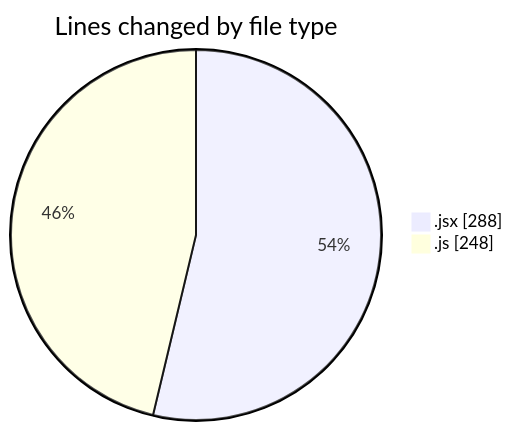
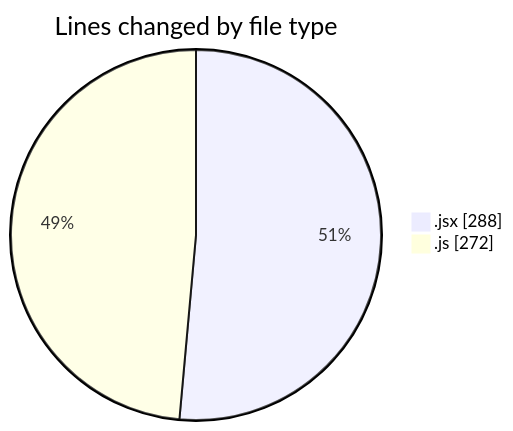
The first of 2 diagrams in 2025-06-05/nxtqube_webapp/README.md (nxtqubesakshisongat/code-tracking), drawn with Mermaid before and after one commit. The commit also changed other lines of this file and 1 other file, not shown here.

````diff
--- a/2025-06-05/nxtqube_webapp/README.md
+++ b/2025-06-05/nxtqube_webapp/README.md
@@ -23,6 +23,6 @@
 ```mermaid
 pie showData
 title Lines changed by file type
 ".jsx" : 288
-".js" : 248
+".js" : 272
 ```
````
